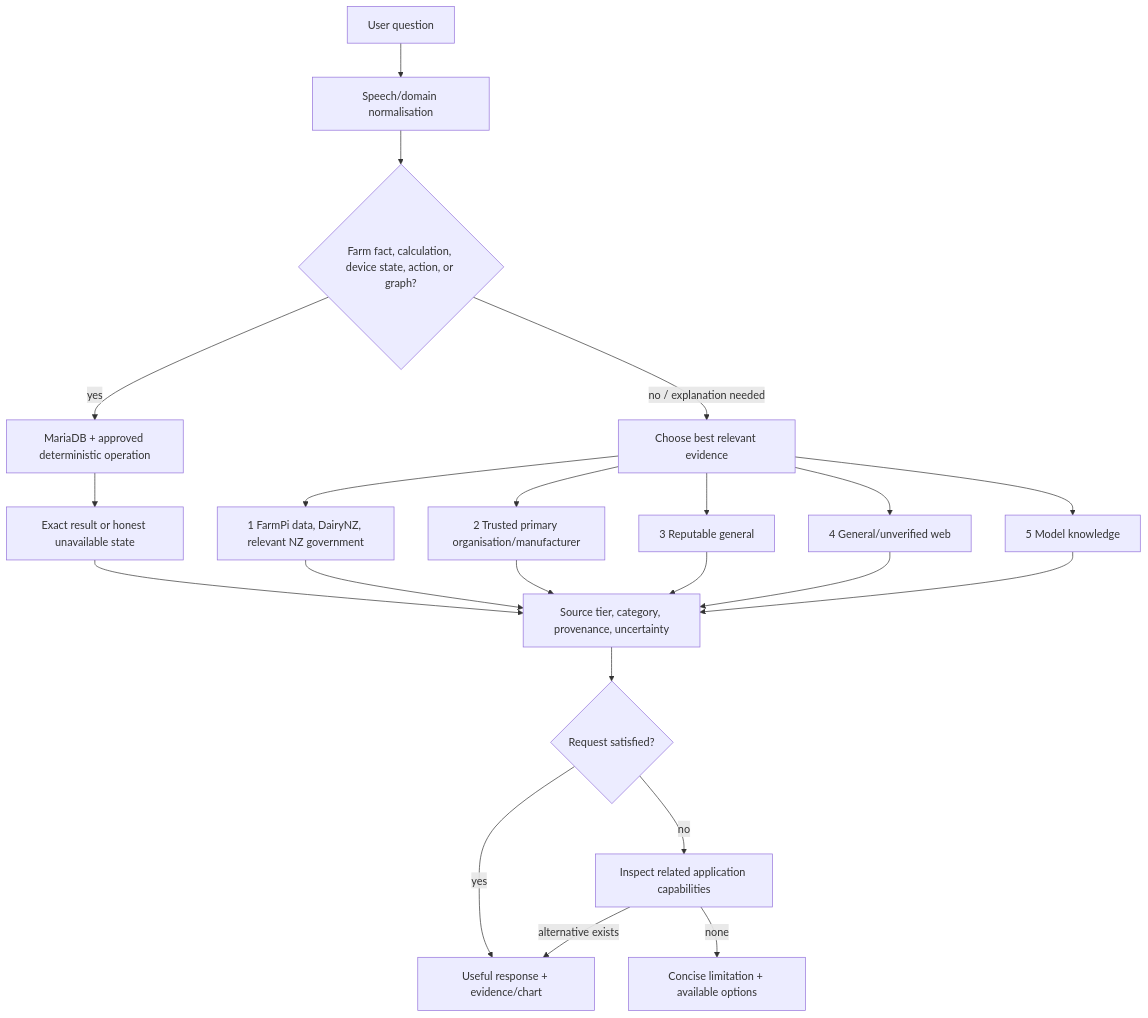
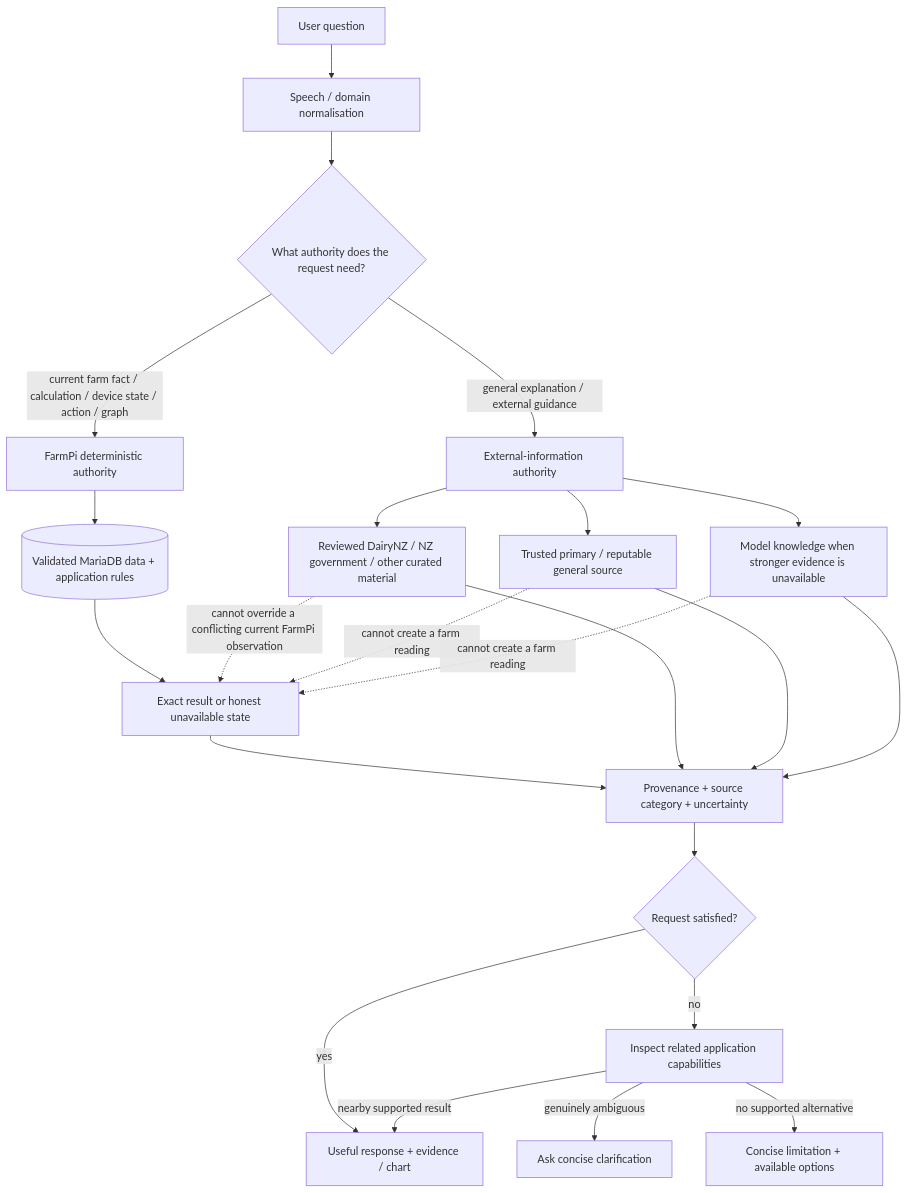
One commit to w0rmy/farmpi changed the diagram in docs/diagrams/grounding-pipeline.mmd. Above: the diagram before and after it, drawn with Mermaid.

Commit message:
Separate farm fact authority from external information grounding

```diff
--- a/docs/diagrams/grounding-pipeline.mmd
+++ b/docs/diagrams/grounding-pipeline.mmd
@@ -1,22 +1,28 @@
 flowchart TD
-  T[User question] --> N[Speech/domain normalisation]
-  N --> R{Farm fact, calculation, device state, action, or graph?}
-  R -->|yes| D[MariaDB + approved deterministic operation]
-  D --> F[Exact result or honest unavailable state]
-  R -->|no / explanation needed| H[Choose best relevant evidence]
-  H --> T1[1 FarmPi data, DairyNZ, relevant NZ government]
-  H --> T2[2 Trusted primary organisation/manufacturer]
-  H --> T3[3 Reputable general]
-  H --> T4[4 General/unverified web]
-  H --> T5[5 Model knowledge]
-  F --> P[Source tier, category, provenance, uncertainty]
-  T1 --> P
-  T2 --> P
-  T3 --> P
-  T4 --> P
-  T5 --> P
+  T[User question] --> N[Speech / domain normalisation]
+  N --> R{What authority does the request need?}
+
+  R -->|current farm fact / calculation / device state / action / graph| F[FarmPi deterministic authority]
+  F --> D[(Validated MariaDB data + application rules)]
+  D --> FR[Exact result or honest unavailable state]
+
+  R -->|general explanation / external guidance| E[External-information authority]
+  E --> E1[Reviewed DairyNZ / NZ government / other curated material]
+  E --> E2[Trusted primary / reputable general source]
+  E --> E3[Model knowledge when stronger evidence is unavailable]
+
+  FR --> P[Provenance + source category + uncertainty]
+  E1 --> P
+  E2 --> P
+  E3 --> P
+
   P --> C{Request satisfied?}
-  C -->|yes| U[Useful response + evidence/chart]
+  C -->|yes| U[Useful response + evidence / chart]
   C -->|no| A[Inspect related application capabilities]
-  A -->|alternative exists| U
-  A -->|none| Z[Concise limitation + available options]
+  A -->|nearby supported result| U
+  A -->|genuinely ambiguous| Q[Ask concise clarification]
+  A -->|no supported alternative| Z[Concise limitation + available options]
+
+  E1 -. cannot override a conflicting current FarmPi observation .-> FR
+  E2 -. cannot create a farm reading .-> FR
+  E3 -. cannot create a farm reading .-> FR
```
